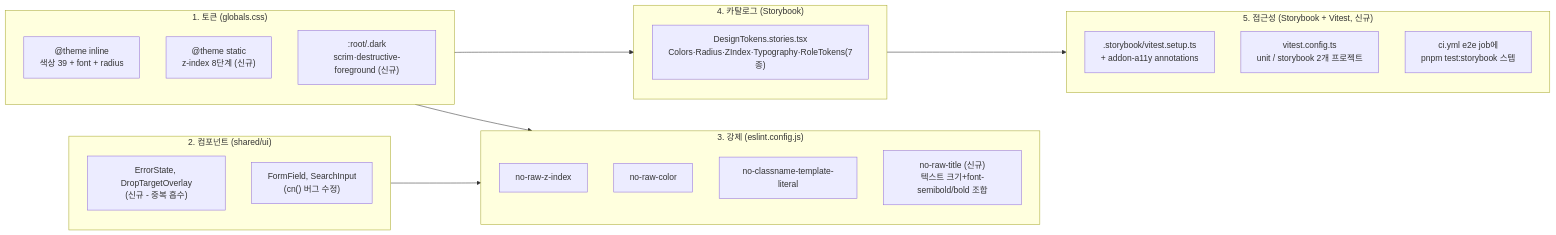
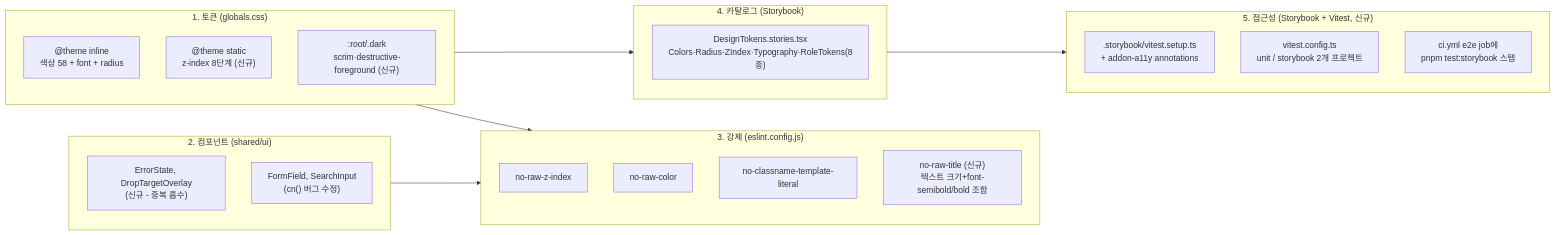
One commit to BAECHAN/link-sphere_FE_NEW changed the second of 2 diagrams in docs/DESIGN-SYSTEM.md. Above: the diagram before and after it, drawn with Mermaid. The commit also changed other lines of this file and 26 other files, not shown here.

First line of the commit message:
docs(fe): AUTH·FE-ARCHITECTURE·CLAUDE.md 등 22개 문서 코드 동기화 (#251)

````diff
--- a/docs/DESIGN-SYSTEM.md
+++ b/docs/DESIGN-SYSTEM.md
@@ -86,30 +86,30 @@
 ```mermaid
 flowchart LR
     subgraph tokens ["1. 토큰 (globals.css)"]
-        T1["@theme inline<br/>색상 39 + font + radius"]
+        T1["@theme inline<br/>색상 58 + font + radius"]
         T2["@theme static<br/>z-index 8단계 (신규)"]
         T3[":root/.dark<br/>scrim·destructive-foreground (신규)"]
     end
     subgraph components ["2. 컴포넌트 (shared/ui)"]
         C1["ErrorState, DropTargetOverlay<br/>(신규 - 중복 흡수)"]
         C2["FormField, SearchInput<br/>(cn() 버그 수정)"]
     end
     subgraph enforce ["3. 강제 (eslint.config.js)"]
         E1["no-raw-z-index"]
         E2["no-raw-color"]
         E3["no-classname-template-literal"]
         E4["no-raw-title (신규)<br/>텍스트 크기+font-semibold/bold 조합"]
     end
     subgraph catalog ["4. 카탈로그 (Storybook)"]
-        S1["DesignTokens.stories.tsx<br/>Colors·Radius·ZIndex·Typography·RoleTokens(7종)"]
+        S1["DesignTokens.stories.tsx<br/>Colors·Radius·ZIndex·Typography·RoleTokens(8종)"]
     end
     subgraph a11y ["5. 접근성 (Storybook + Vitest, 신규)"]
         AX1[".storybook/vitest.setup.ts<br/>+ addon-a11y annotations"]
         AX2["vitest.config.ts<br/>unit / storybook 2개 프로젝트"]
         AX3["ci.yml e2e job에<br/>pnpm test:storybook 스텝"]
     end
     tokens --> enforce
     components --> enforce
     tokens --> catalog
     catalog --> a11y
 ```
````
